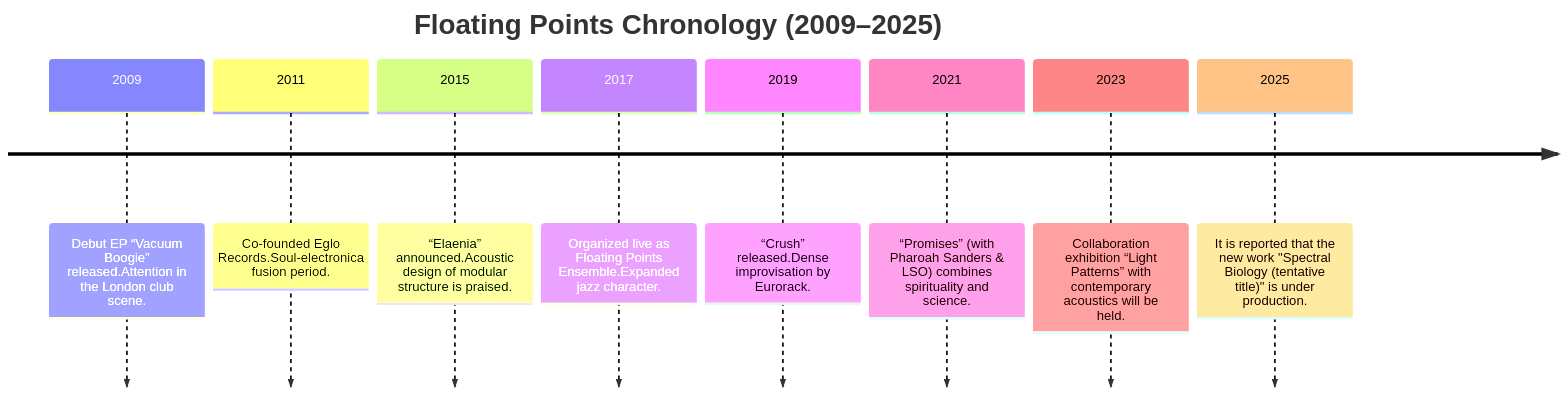
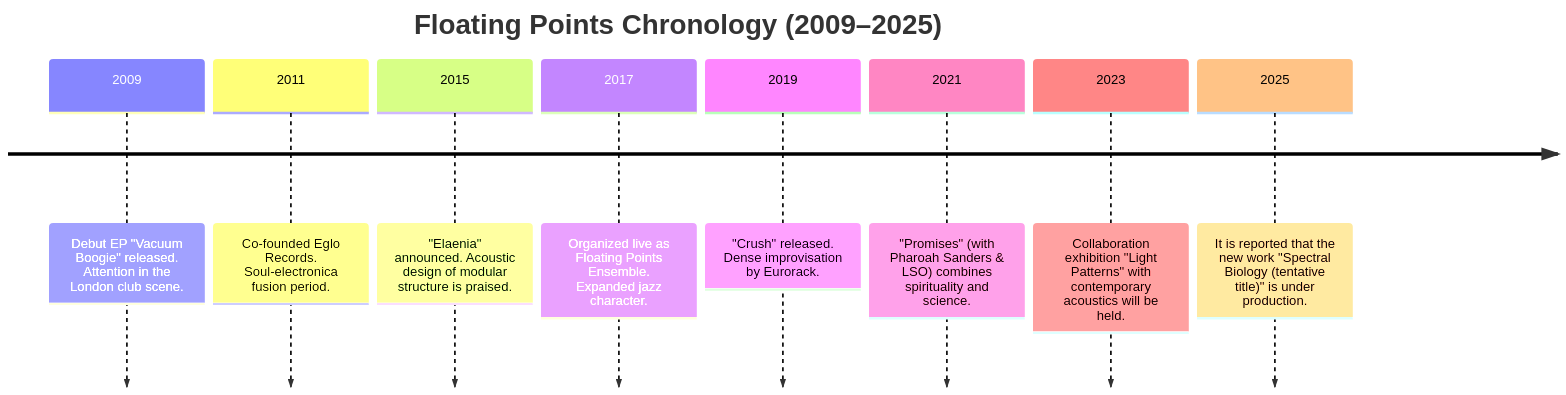
One commit to monumental-movement/monumental-movement.github.io changed the second of 2 diagrams in en/_posts/2025-10-29-column-floating-points.md. Above: the diagram before and after it, drawn with Mermaid. The commit also changed other lines of this file and 1697 other files, not shown here.

```diff
--- a/en/_posts/2025-10-29-column-floating-points.md
+++ b/en/_posts/2025-10-29-column-floating-points.md
@@ -115,14 +116,14 @@
 <div class="mermaid">
 
 timeline
 title Floating Points Chronology (2009–2025)
-2009: Debut EP “Vacuum Boogie” released.Attention in the London club scene.
-2011: Co-founded Eglo Records.Soul-electronica fusion period.
-2015: “Elaenia” announced.Acoustic design of modular structure is praised.
-2017: Organized live as Floating Points Ensemble.Expanded jazz character.
-2019: “Crush” released.Dense improvisation by Eurorack.
-2021: “Promises” (with Pharoah Sanders & LSO) combines spirituality and science.
-2023: Collaboration exhibition “Light Patterns” with contemporary acoustics will be held.
+2009: Debut EP "Vacuum Boogie" released. Attention in the London club scene.
+2011: Co-founded Eglo Records. Soul-electronica fusion period.
+2015: "Elaenia" announced. Acoustic design of modular structure is praised.
+2017: Organized live as Floating Points Ensemble. Expanded jazz character.
+2019: "Crush" released. Dense improvisation by Eurorack.
+2021: "Promises" (with Pharoah Sanders & LSO) combines spirituality and science.
+2023: Collaboration exhibition "Light Patterns" with contemporary acoustics will be held.
 2025: It is reported that the new work "Spectral Biology (tentative title)" is under production.
 
 </div>
```
